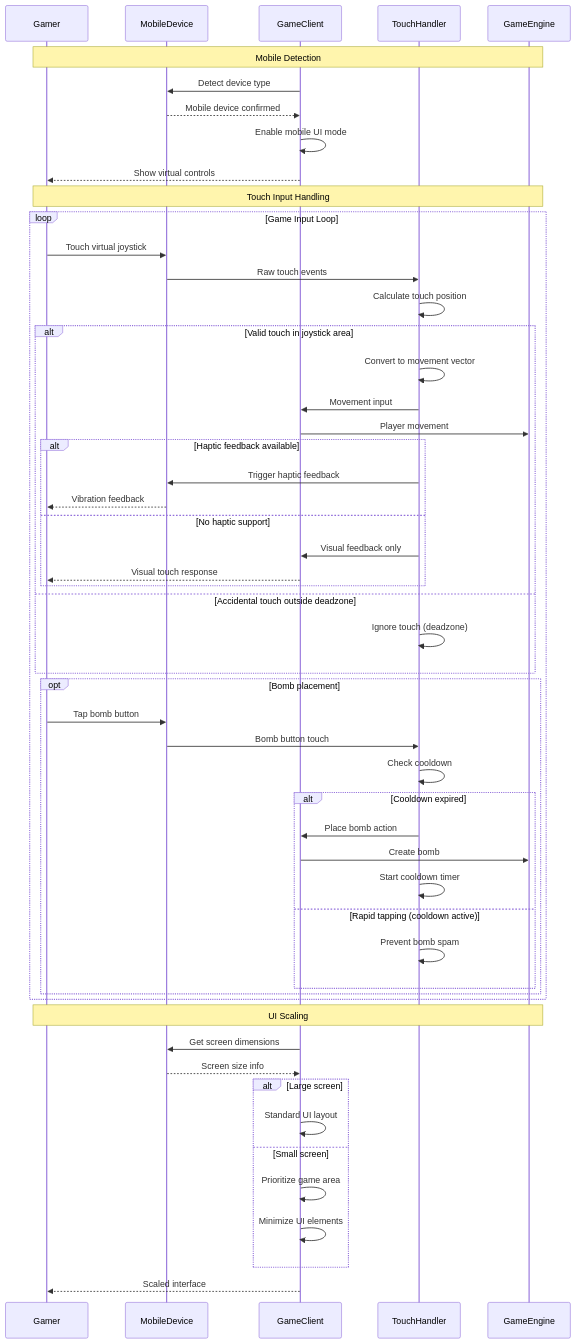
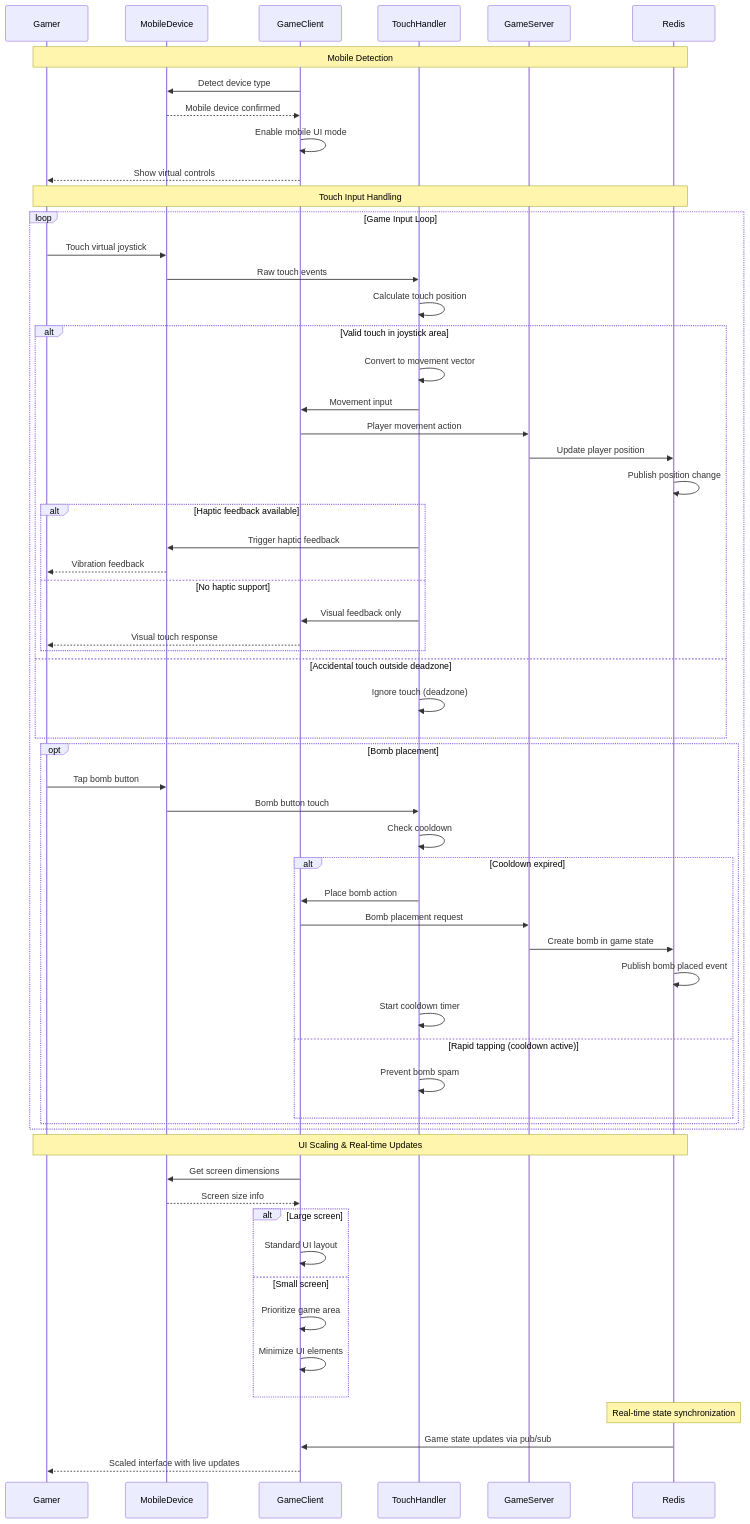
The diagram in docs/sequence-diagrams/gamer/uc-g004-use-mobile-controls.md (alexmakeev/bomberman), drawn with Mermaid before and after one commit. The commit also changed 25 other files, not shown here.

First line of the commit message:
Implement unified event system architecture for maximum code reuse

````diff
--- a/docs/sequence-diagrams/gamer/uc-g004-use-mobile-controls.md
+++ b/docs/sequence-diagrams/gamer/uc-g004-use-mobile-controls.md
@@ -3,64 +3,71 @@
 ```mermaid
 sequenceDiagram
     participant Gamer
     participant MobileDevice
     participant GameClient
     participant TouchHandler
-    participant GameEngine
+    participant GameServer
+    participant Redis
 
-    Note over Gamer,GameEngine: Mobile Detection
+    Note over Gamer,Redis: Mobile Detection
     GameClient->>MobileDevice: Detect device type
     MobileDevice-->>GameClient: Mobile device confirmed
     GameClient->>GameClient: Enable mobile UI mode
     GameClient-->>Gamer: Show virtual controls
 
-    Note over Gamer,GameEngine: Touch Input Handling
+    Note over Gamer,Redis: Touch Input Handling
     loop Game Input Loop
         Gamer->>MobileDevice: Touch virtual joystick
         MobileDevice->>TouchHandler: Raw touch events
         TouchHandler->>TouchHandler: Calculate touch position
         
         alt Valid touch in joystick area
             TouchHandler->>TouchHandler: Convert to movement vector
             TouchHandler->>GameClient: Movement input
-            GameClient->>GameEngine: Player movement
+            GameClient->>GameServer: Player movement action
+            GameServer->>Redis: Update player position
+            Redis->>Redis: Publish position change
             
             alt Haptic feedback available
                 TouchHandler->>MobileDevice: Trigger haptic feedback
                 MobileDevice-->>Gamer: Vibration feedback
             else No haptic support
                 TouchHandler->>GameClient: Visual feedback only
                 GameClient-->>Gamer: Visual touch response
             end
         else Accidental touch outside deadzone
             TouchHandler->>TouchHandler: Ignore touch (deadzone)
         end
 
         opt Bomb placement
             Gamer->>MobileDevice: Tap bomb button
             MobileDevice->>TouchHandler: Bomb button touch
             TouchHandler->>TouchHandler: Check cooldown
             
             alt Cooldown expired
                 TouchHandler->>GameClient: Place bomb action
-                GameClient->>GameEngine: Create bomb
+                GameClient->>GameServer: Bomb placement request
+                GameServer->>Redis: Create bomb in game state
+                Redis->>Redis: Publish bomb placed event
                 TouchHandler->>TouchHandler: Start cooldown timer
             else Rapid tapping (cooldown active)
                 TouchHandler->>TouchHandler: Prevent bomb spam
             end
         end
     end
 
-    Note over Gamer,GameEngine: UI Scaling
+    Note over Gamer,Redis: UI Scaling & Real-time Updates
     GameClient->>MobileDevice: Get screen dimensions
     MobileDevice-->>GameClient: Screen size info
     
     alt Large screen
         GameClient->>GameClient: Standard UI layout
     else Small screen
         GameClient->>GameClient: Prioritize game area
         GameClient->>GameClient: Minimize UI elements
     end
     
-    GameClient-->>Gamer: Scaled interface
+    Note over Redis: Real-time state synchronization
+    Redis->>GameClient: Game state updates via pub/sub
+    GameClient-->>Gamer: Scaled interface with live updates
 ```
````
